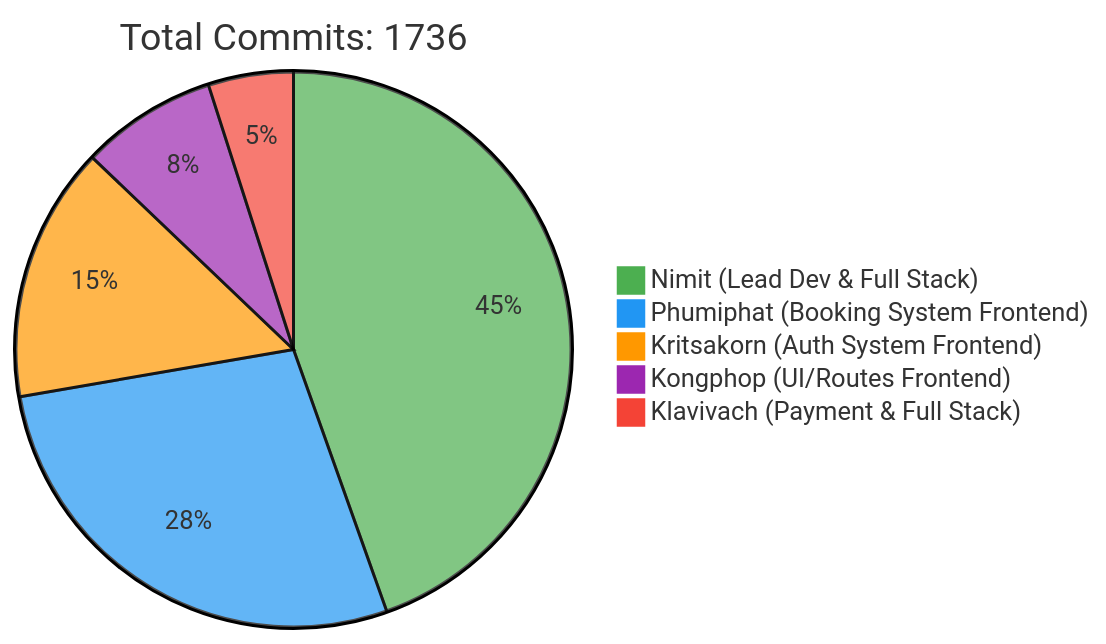
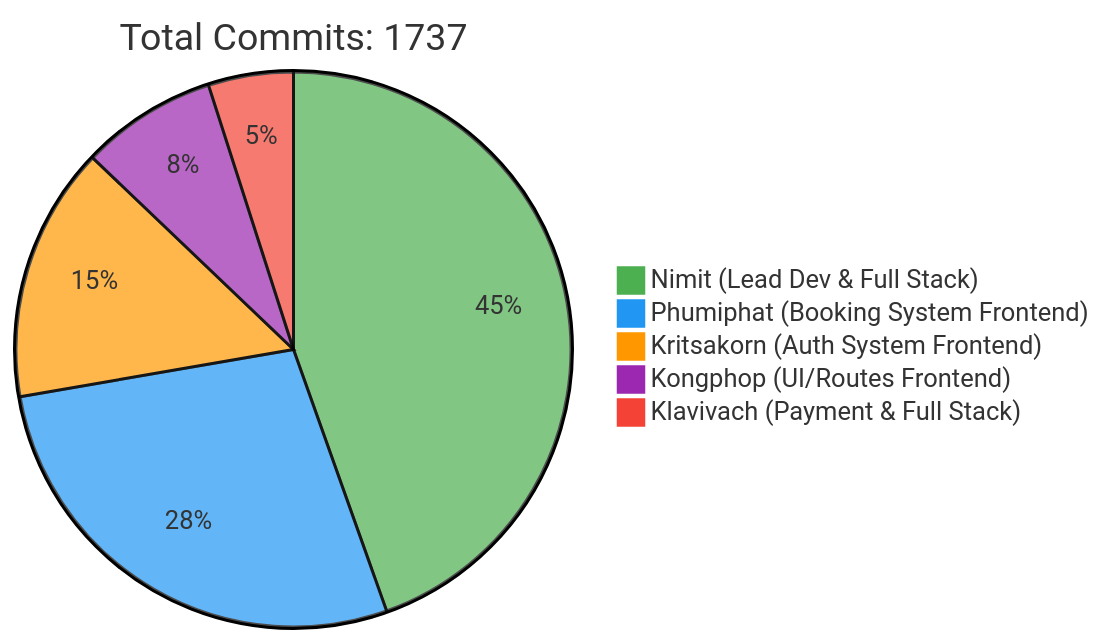
One commit to 6531503042/Sport-Complex changed the first of 2 diagrams in README.md. Above: the diagram before and after it, drawn with Mermaid. The commit also changed other lines of this file, not shown here.

Commit message:
docs: Update contributor statistics [skip ci]

````diff
--- a/README.md
+++ b/README.md
@@ -257,10 +257,10 @@
 ```mermaid
 %%{init: {'theme': 'base', 'themeVariables': { 'pie1': '#4CAF50', 'pie2': '#2196F3', 'pie3': '#FF9800', 'pie4': '#9C27B0', 'pie5': '#F44336'}}}%%
 pie
-    title Total Commits: 1736
+    title Total Commits: 1737
     "Nimit (Lead Dev & Full Stack)" : 450
     "Phumiphat (Booking System Frontend)" : 280
     "Kritsakorn (Auth System Frontend)" : 150
     "Kongphop (UI/Routes Frontend)" : 80
     "Klavivach (Payment & Full Stack)" : 50
 ```
````
